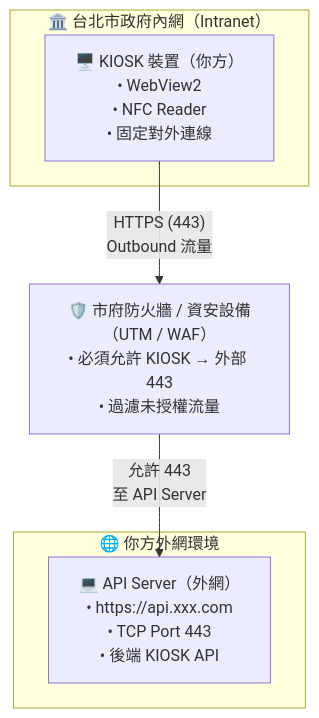
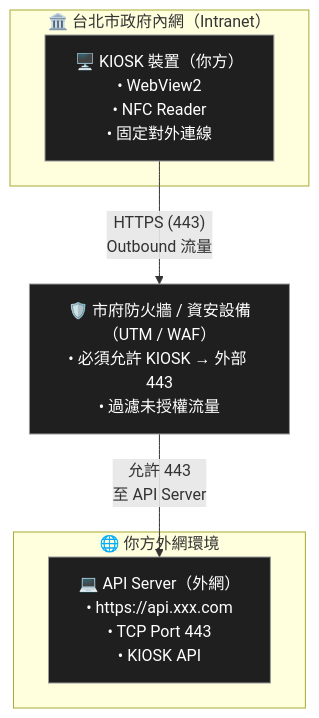
One commit to lionwing1207/almity changed the diagram in README.md. Above: the diagram before and after it, drawn with Mermaid.

````diff
--- a/README.md
+++ b/README.md
@@ -2,14 +2,32 @@
 ```mermaid
+%% -----------------------------------------
+%% GitHub Dark Theme Optimized Version
+%% -----------------------------------------
+
 flowchart TD
+    %% 全域樣式：深色方塊 + 白字 + 粗框線
+    classDef darkBlock fill:#1f1f1f,stroke:#999,stroke-width:1px,color:#fff;
+    classDef titleBlock fill:#2a2a2a,stroke:#888,stroke-width:1px,color:#fff;
+
+    %% 台北市政府內網
     subgraph GOV["🏛️ 台北市政府內網（Intranet）"]
+        class GOV titleBlock
         KIOSK["🖥️ KIOSK 裝置（你方）<br/>• WebView2<br/>• NFC Reader<br/>• 固定對外連線"]
+        class KIOSK darkBlock
     end
 
+    %% 市府防火牆
     FIREWALL["🛡️ 市府防火牆 / 資安設備（UTM / WAF）<br/>• 必須允許 KIOSK → 外部 443<br/>• 過濾未授權流量"]
+    class FIREWALL darkBlock
 
+    %% 外網 API Server
     subgraph CLOUD["🌐 你方外網環境"]
-        APISERVER["💻 API Server（外網）<br/>• https://api.xxx.com<br/>• TCP Port 443<br/>• 後端 KIOSK API"]
+        class CLOUD titleBlock
+        APISERVER["💻 API Server（外網）<br/>• https://api.xxx.com<br/>• TCP Port 443<br/>• KIOSK API"]
+        class APISERVER darkBlock
     end
 
-    KIOSK -->|"HTTPS (443)<br/>Outbound 流量"| FIREWALL -->|"允許 443<br/>至 API Server"| APISERVER
+    %% 連結線（白色字體）
+    KIOSK -->|"HTTPS (443)<br/>Outbound 流量"| FIREWALL
+    FIREWALL -->|"允許 443<br/>至 API Server"| APISERVER
 ```
````
